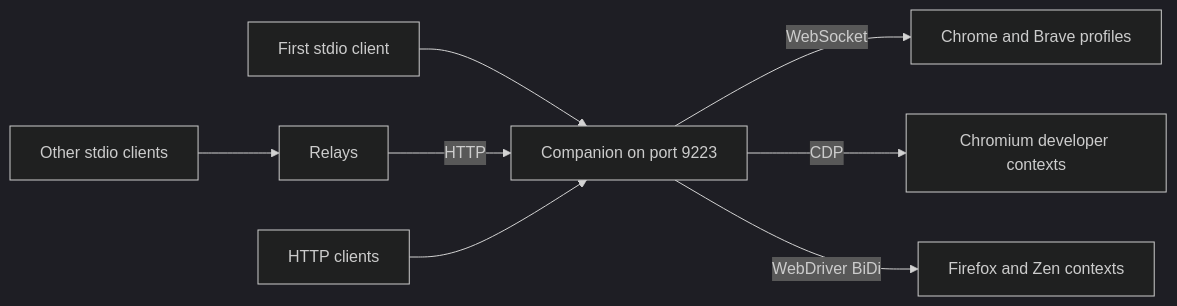
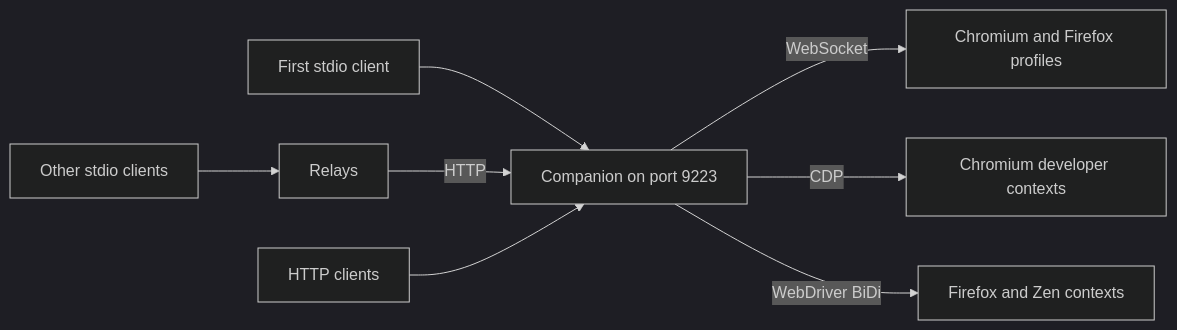
Before and after one commit to TUSHAR91316/browspark: the diagram in docs/connect/multiple-agents.mdx, drawn with Mermaid (dark theme). The commit also changed other lines of this file and 32 other files, not shown here.

Commit message:
docs: update Firefox setup and connection graph guides

````diff
--- a/docs/connect/multiple-agents.mdx
+++ b/docs/connect/multiple-agents.mdx
@@ -12,10 +14,10 @@
 ```mermaid
 flowchart LR
   A["First stdio client"] --> C["Companion on port 9223"]
   B["Other stdio clients"] --> R["Relays"]
   R -->|"HTTP"| C
   H["HTTP clients"] --> C
-  C -->|"WebSocket"| E["Chrome and Brave profiles"]
+  C -->|"WebSocket"| E["Chromium and Firefox profiles"]
   C -->|"CDP"| D["Chromium developer contexts"]
   C -->|"WebDriver BiDi"| F["Firefox and Zen contexts"]
 ```
````
